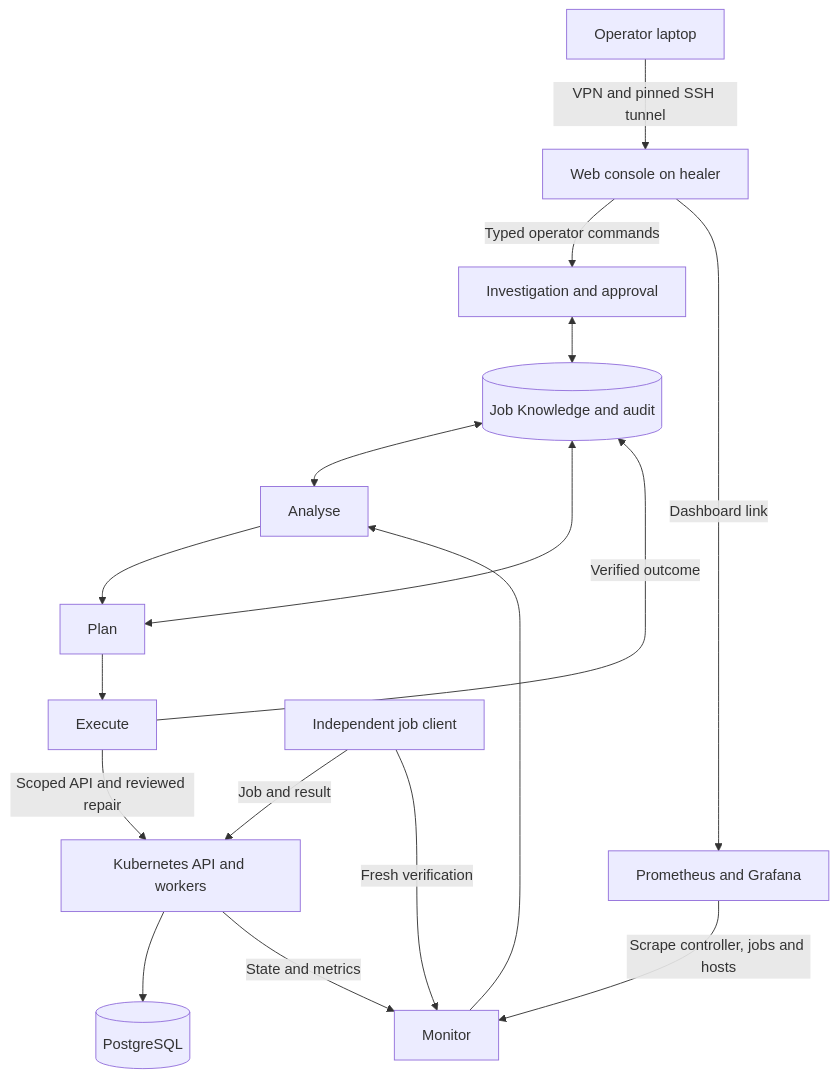
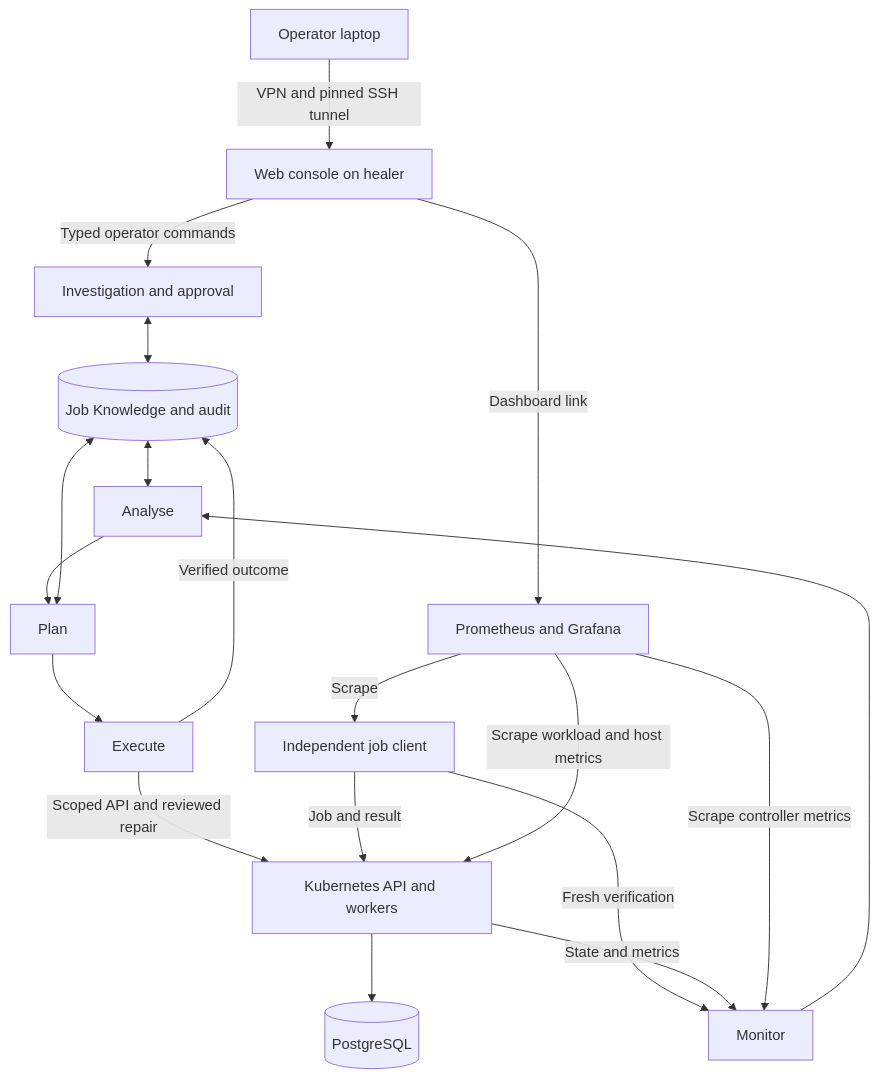
The diagram in docs/architecture.md (TusharShingrani/Self-healing-infrastructure), drawn with Mermaid before and after one commit. The commit also changed other lines of this file and 252 other files, not shown here.

````diff
--- a/docs/architecture.md
+++ b/docs/architecture.md
@@ -20,17 +20,19 @@
 ```mermaid
 flowchart TB
   User[Operator laptop] -->|VPN and pinned SSH tunnel| Console[Web console on healer]
   Console -->|Typed operator commands| Operator[Investigation and approval]
   Operator <--> K[(Job Knowledge and audit)]
   M[Monitor] --> A[Analyse] --> P[Plan] --> E[Execute]
   K <--> A
   K <--> P
   E -->|Scoped API and reviewed repair| Kube[Kubernetes API and workers]
   Kube --> DB[(PostgreSQL)]
   Observer[Independent job client] -->|Job and result| Kube
   Observer -->|Fresh verification| M
   Kube -->|State and metrics| M
   E -->|Verified outcome| K
-  Prom[Prometheus and Grafana] -->|Scrape controller, jobs and hosts| M
+  Prom[Prometheus and Grafana] -->|Scrape| Observer
+  Prom -->|Scrape controller metrics| M
+  Prom -->|Scrape workload and host metrics| Kube
   Console -->|Dashboard link| Prom
 ```
````
